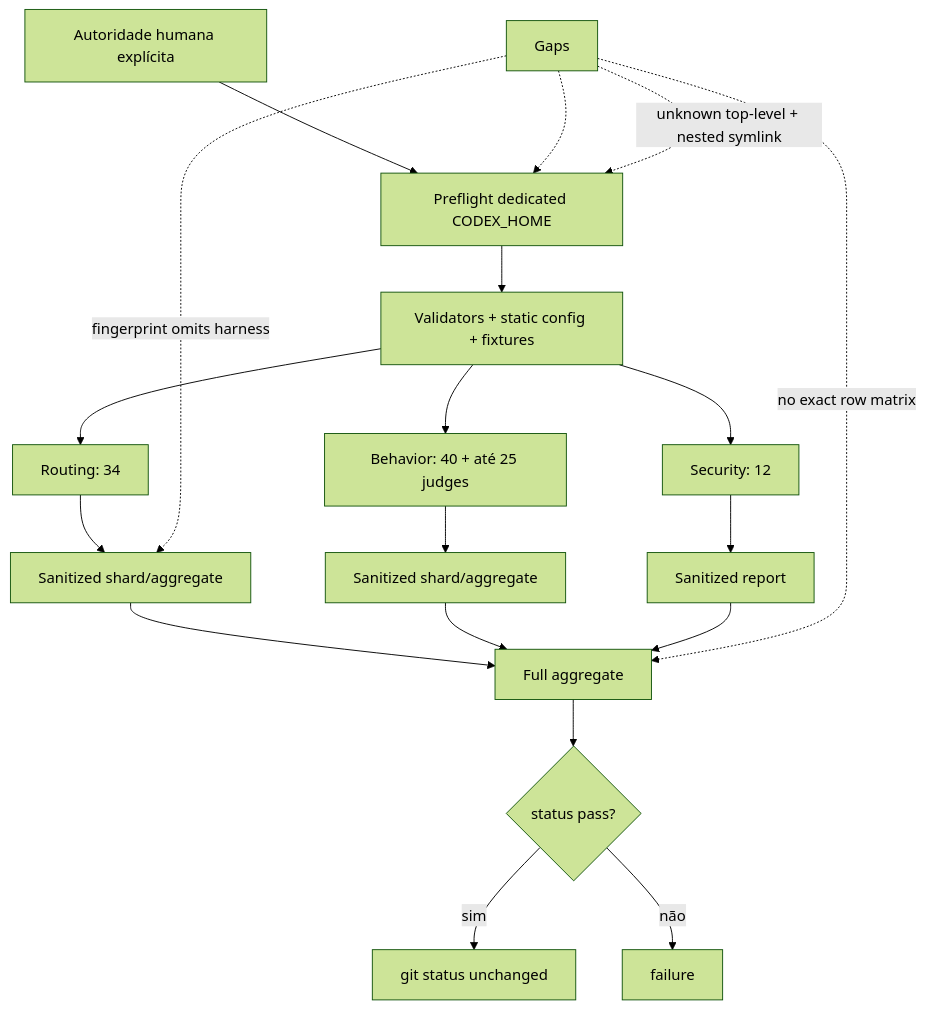
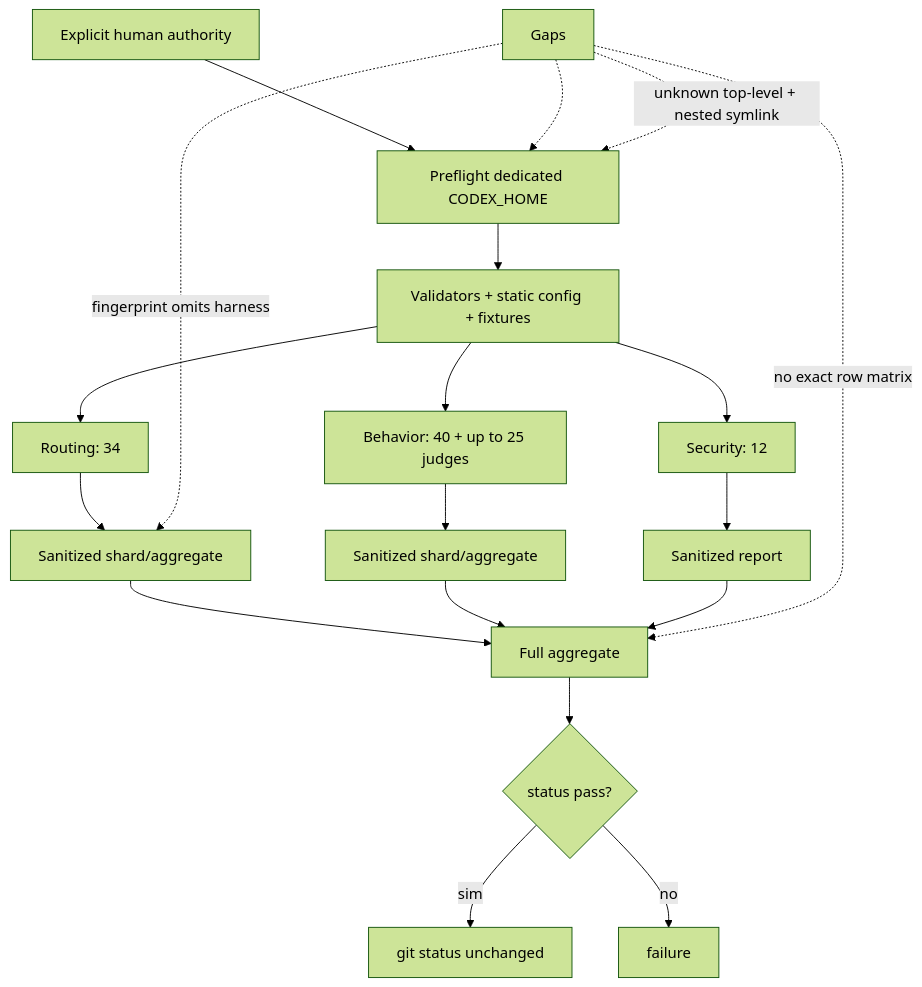
One commit to woliveiras/baseline changed the fourth of 5 diagrams in docs/internal/audit/2026-08-06-tuxedo-repository-audit/03-product-architecture-and-contracts.md. Above: the diagram before and after it, drawn with Mermaid (forest theme). The commit also changed other lines of this file and 13 other files, not shown here.

````diff
--- a/docs/internal/audit/2026-08-06-tuxedo-repository-audit/03-product-architecture-and-contracts.md
+++ b/docs/internal/audit/2026-08-06-tuxedo-repository-audit/03-product-architecture-and-contracts.md
@@ -103,22 +103,22 @@
 ```mermaid
 flowchart TD
-    A["Autoridade humana explícita"] --> P["Preflight dedicated CODEX_HOME"]
+    A["Explicit human authority"] --> P["Preflight dedicated CODEX_HOME"]
     P --> V["Validators + static config + fixtures"]
     V --> R["Routing: 34"]
-    V --> B["Behavior: 40 + até 25 judges"]
+    V --> B["Behavior: 40 + up to 25 judges"]
     V --> S["Security: 12"]
     R --> AR["Sanitized shard/aggregate"]
     B --> AB["Sanitized shard/aggregate"]
     S --> AS["Sanitized report"]
     AR --> F["Full aggregate"]
     AB --> F
     AS --> F
     F --> C{"status pass?"}
     C -->|sim| G["git status unchanged"]
-    C -->|não| X["failure"]
+    C -->|no| X["failure"]
 
     Q["Gaps"] -.-> P
     Q -. "unknown top-level + nested symlink" .-> P
     Q -. "no exact row matrix" .-> F
     Q -. "fingerprint omits harness" .-> AR
 ```
````
